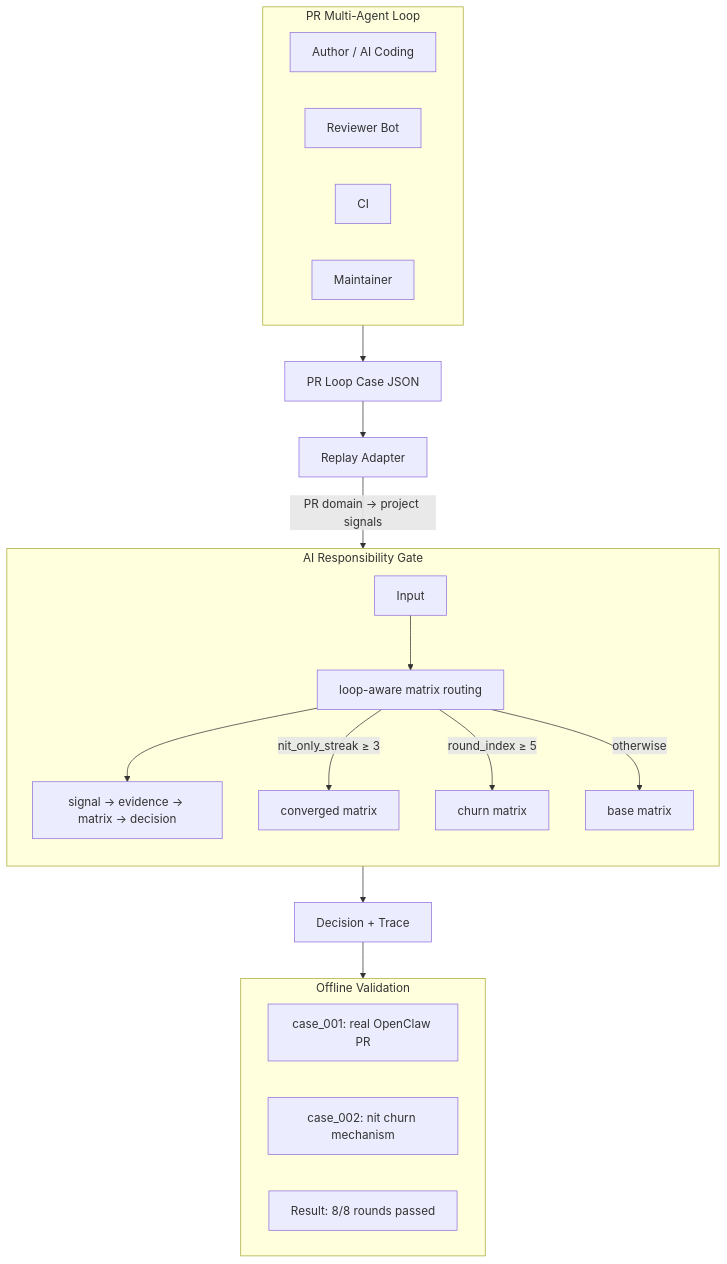
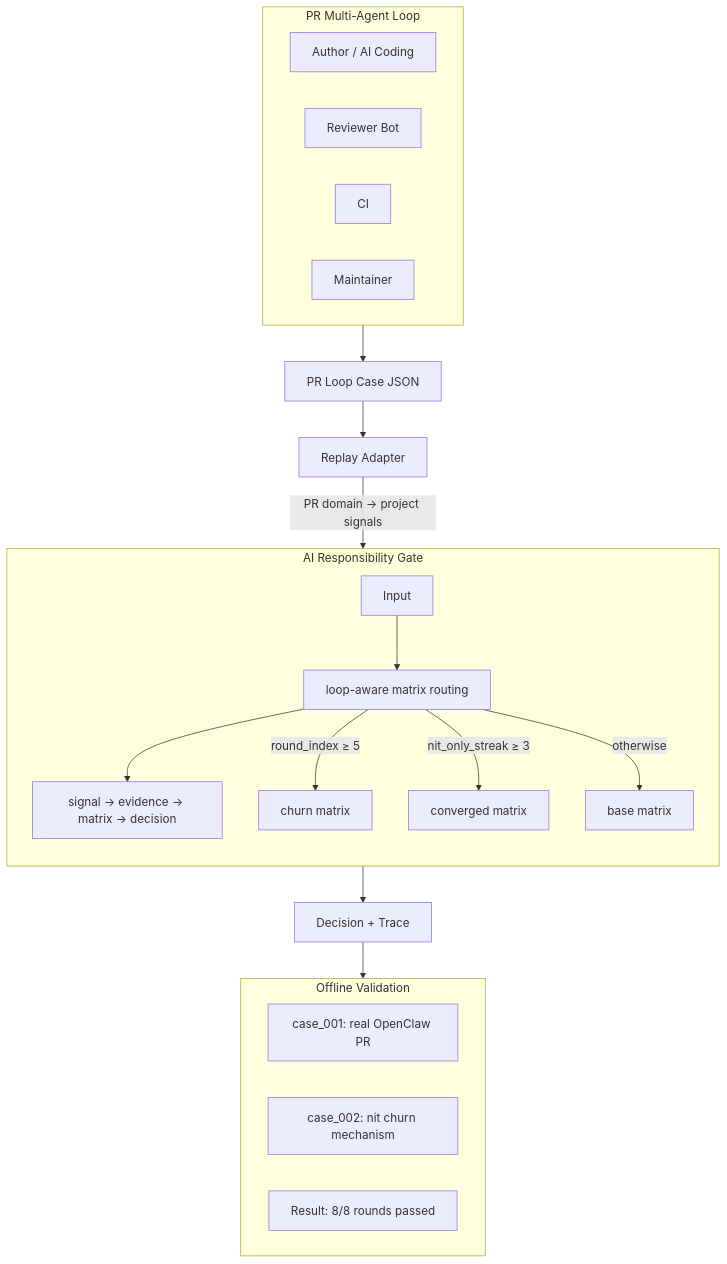
The first of 2 diagrams in docs/PR_LOOP_REPLAY_BRIEFING.md (zhangzhefang-github/ai-responsibility-gate), drawn with Mermaid before and after one commit. The commit also changed other lines of this file and 1 other file, not shown here.

````diff
--- a/docs/PR_LOOP_REPLAY_BRIEFING.md
+++ b/docs/PR_LOOP_REPLAY_BRIEFING.md
@@ -26,33 +26,33 @@
 ```mermaid
 flowchart TB
     subgraph Sources [PR Multi-Agent Loop]
         Author[Author / AI Coding]
         Reviewer[Reviewer Bot]
         CI[CI]
         Maintainer[Maintainer]
     end
 
     Sources --> CaseJSON[PR Loop Case JSON]
     CaseJSON --> Adapter[Replay Adapter]
     Adapter -->|"PR domain → project signals"| GateInput
 
     subgraph Gate [AI Responsibility Gate]
         direction TB
         GateInput[Input]
         Routing["loop-aware matrix routing"]
         Pipeline["signal → evidence → matrix → decision"]
         GateInput --> Routing --> Pipeline
+        Routing -->|"round_index ≥ 5"| Churn["churn matrix"]
         Routing -->|"nit_only_streak ≥ 3"| Conv["converged matrix"]
-        Routing -->|"round_index ≥ 5"| Churn["churn matrix"]
         Routing -->|"otherwise"| Base["base matrix"]
     end
 
     Pipeline --> Decision[Decision + Trace]
     Decision --> Validation
 
     subgraph Validation [Offline Validation]
         V1["case_001: real OpenClaw PR"]
         V2["case_002: nit churn mechanism"]
         V3["Result: 8/8 rounds passed"]
     end
 ```
````
